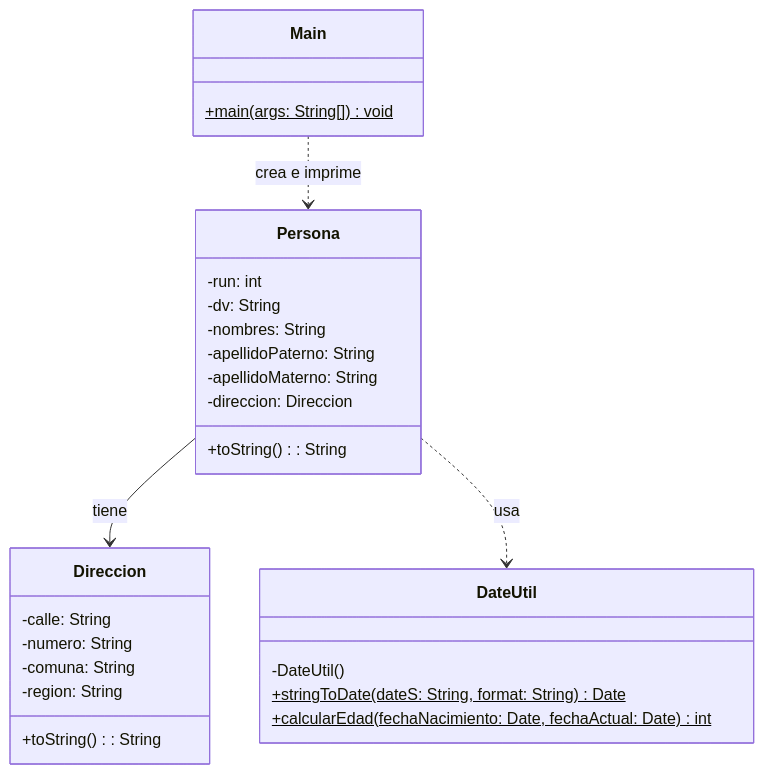
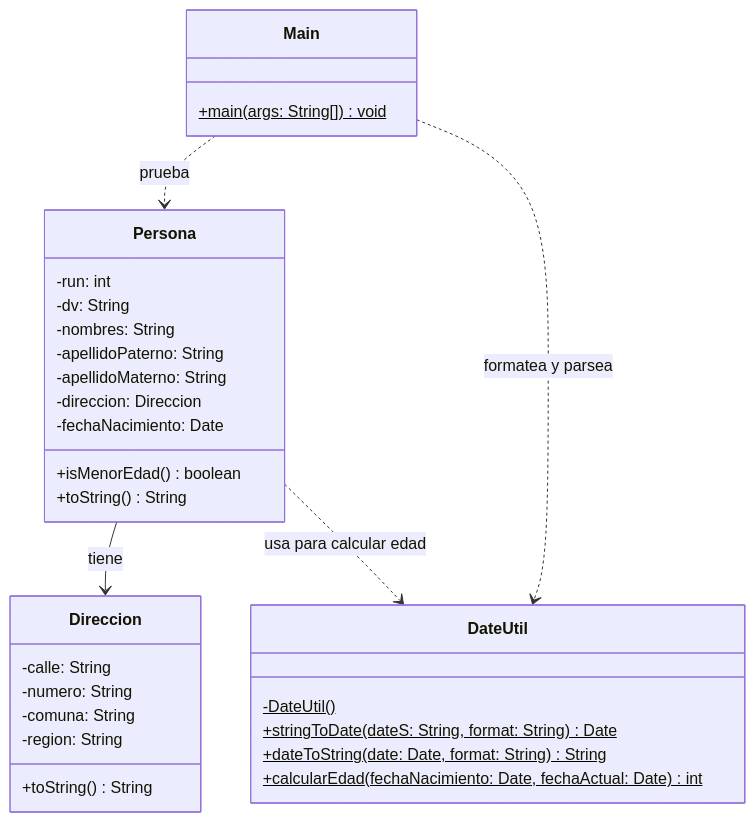
Before and after one commit to elprofecarreno/poo-fundaments: the second of 3 diagrams in 06/README.md, drawn with Mermaid. The commit also changed other lines of this file and 15 other files, not shown here.

````diff
--- a/06/README.md
+++ b/06/README.md
@@ -11,34 +69,38 @@
 ```mermaid
 classDiagram
     class DateUtil {
-        -DateUtil()
+        -DateUtil()$
         +stringToDate(dateS: String, format: String)$ Date
+        +dateToString(date: Date, format: String)$ String
         +calcularEdad(fechaNacimiento: Date, fechaActual: Date)$ int
-    }
-
-    class Direccion {
-        -calle: String
-        -numero: String
-        -comuna: String
-        -region: String
-        +toString(): String
     }
 
     class Persona {
         -run: int
         -dv: String
         -nombres: String
         -apellidoPaterno: String
         -apellidoMaterno: String
         -direccion: Direccion
-        +toString(): String
+        -fechaNacimiento: Date
+        +isMenorEdad() boolean
+        +toString() String
+    }
+
+    class Direccion {
+        -calle: String
+        -numero: String
+        -comuna: String
+        -region: String
+        +toString() String
     }
 
     class Main {
         +main(args: String[])$ void
     }
 
     Persona --> Direccion : tiene
-    Main ..> Persona : crea e imprime
-    Persona ..> DateUtil : usa
+    Persona ..> DateUtil : usa para calcular edad
+    Main ..> Persona : prueba
+    Main ..> DateUtil : formatea y parsea
 ```
````
